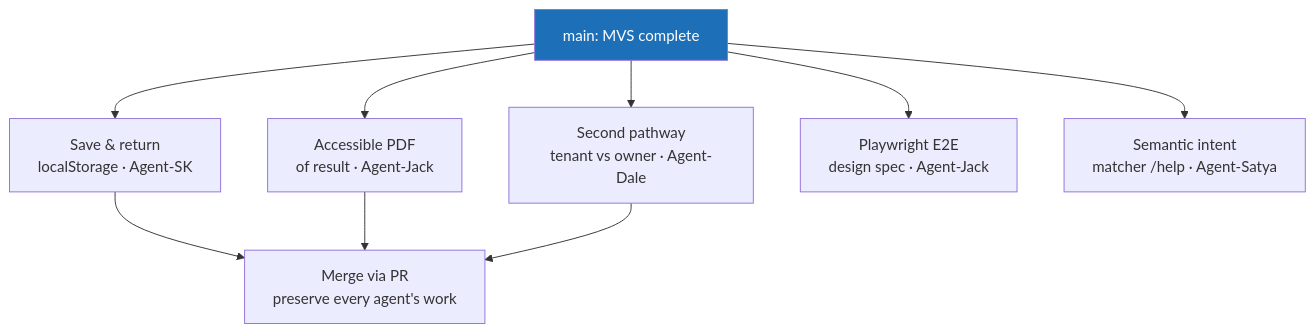
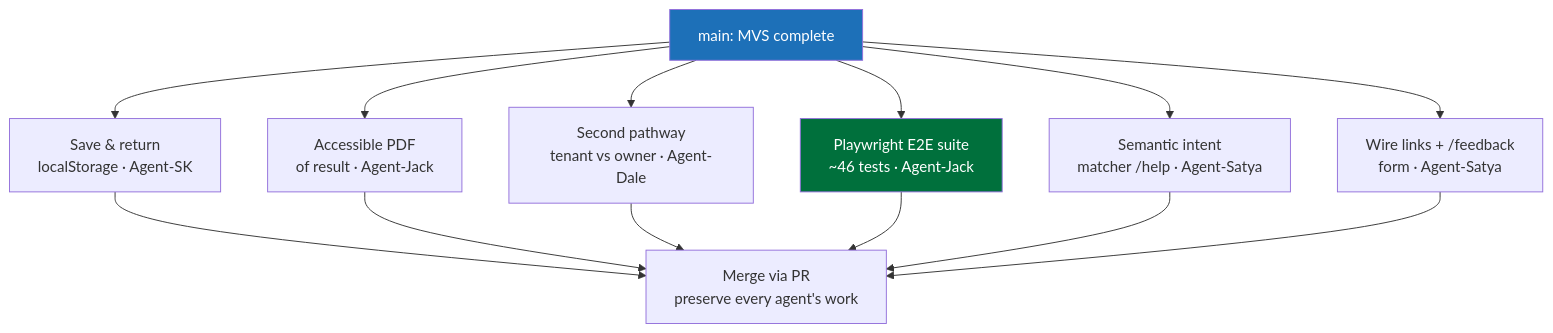
One commit to JackSwerdlow/ai-accelerator-hackathons changed the tenth of 12 diagrams in wk03/presentation/hackathon-process-deck.md. Above: the diagram before and after it, drawn with Mermaid. The commit also changed other lines of this file, not shown here.

First line of the commit message:
[Agent-Dale] Update deck for new main work (E2E suite, feedback, links)

````diff
--- a/wk03/presentation/hackathon-process-deck.md
+++ b/wk03/presentation/hackathon-process-deck.md
@@ -370,10 +371,12 @@
 ```mermaid
 flowchart TB
   M[main: MVS complete] --> S1[Save & return<br/>localStorage · Agent-SK]
   M --> S2[Accessible PDF<br/>of result · Agent-Jack]
   M --> S3[Second pathway<br/>tenant vs owner · Agent-Dale]
-  M --> S4[Playwright E2E<br/>design spec · Agent-Jack]
+  M --> S4[Playwright E2E suite<br/>~46 tests · Agent-Jack]
   M --> S5[Semantic intent<br/>matcher /help · Agent-Satya]
-  S1 & S2 & S3 --> PR[Merge via PR<br/>preserve every agent's work]
+  M --> S6[Wire links + /feedback<br/>form · Agent-Satya]
+  S1 & S2 & S3 & S4 & S5 & S6 --> PR[Merge via PR<br/>preserve every agent's work]
   style M fill:#1d70b8,color:#fff
+  style S4 fill:#00703c,color:#fff
 ```
````
